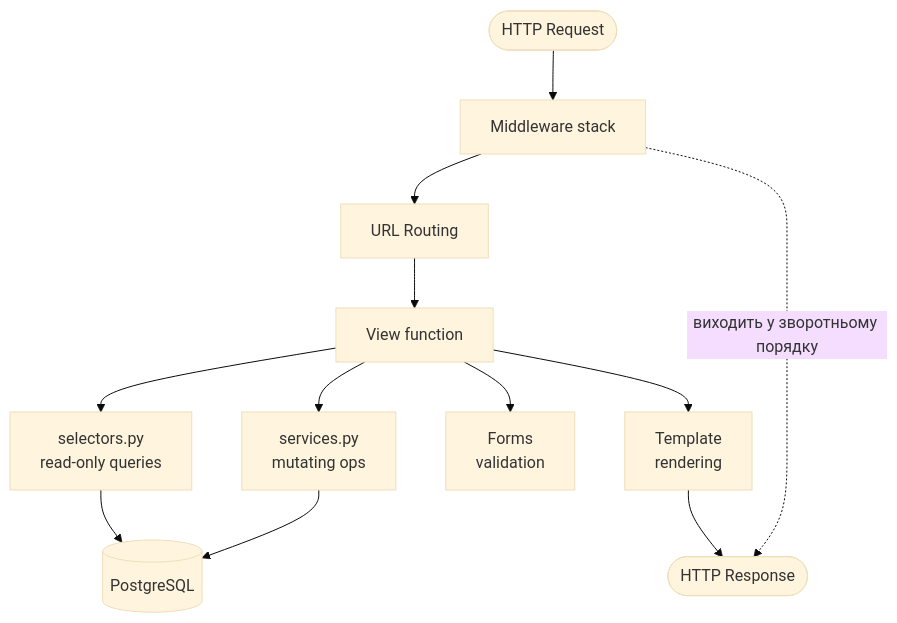
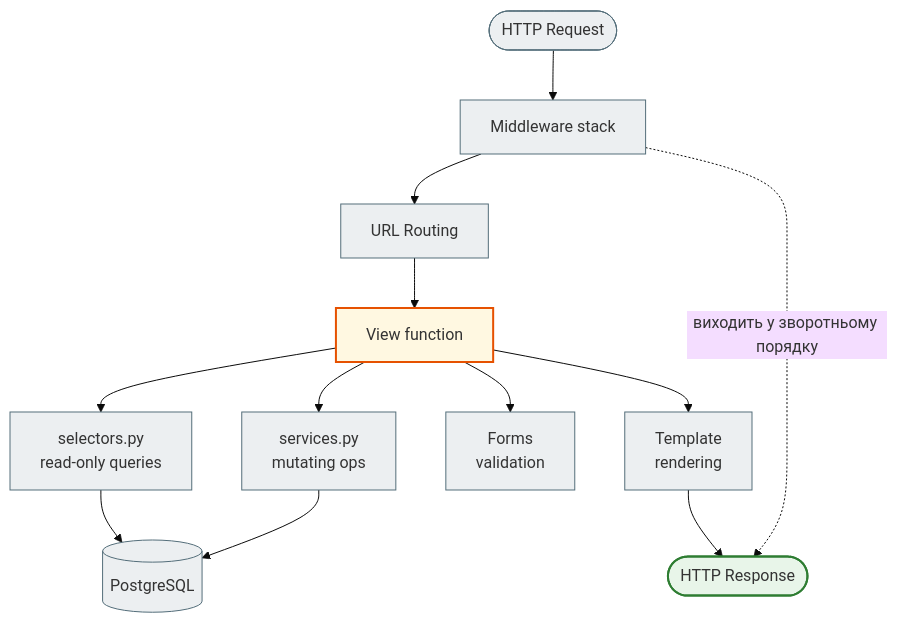
One commit to NikoriakViktot/notes_chat_app changed the diagram in docs/02_django_core/request_lifecycle.md. Above: the diagram before and after it, drawn with Mermaid (base theme). The commit also changed other lines of this file and 441 other files, not shown here.

First line of the commit message:
Add English version of the book, Mermaid standard, docs fixes

````diff
--- a/docs/02_django_core/request_lifecycle.md
+++ b/docs/02_django_core/request_lifecycle.md
@@ -10,14 +10,21 @@
 ```mermaid
 flowchart TD
     Request([HTTP Request]) --> MW[Middleware stack]
     MW --> URLConf[URL Routing]
     URLConf --> View[View function]
-    View --> Selector[selectors.py\nread-only queries]
-    View --> Service[services.py\nmutating ops]
-    View --> Form[Forms\nvalidation]
+    View --> Selector["selectors.py<br>read-only queries"]
+    View --> Service["services.py<br>mutating ops"]
+    View --> Form["Forms<br>validation"]
     Selector --> DB[(PostgreSQL)]
     Service --> DB
-    View --> Template[Template\nrendering]
+    View --> Template["Template<br>rendering"]
     Template --> Response([HTTP Response])
     MW -.->|виходить у зворотньому порядку| Response
+
+    classDef step     fill:#eceff1,stroke:#546e7a,stroke-width:1px;
+    classDef warning  fill:#fff8e1,stroke:#e65100,stroke-width:2px;
+    classDef success  fill:#e8f5e9,stroke:#2e7d32,stroke-width:2px;
+    class Request,MW,URLConf,Selector,Service,Form,DB,Template step;
+    class View warning;
+    class Response success;
 ```
````
